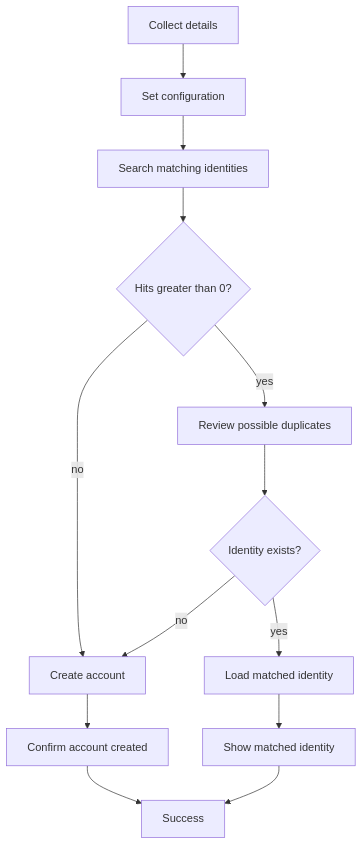
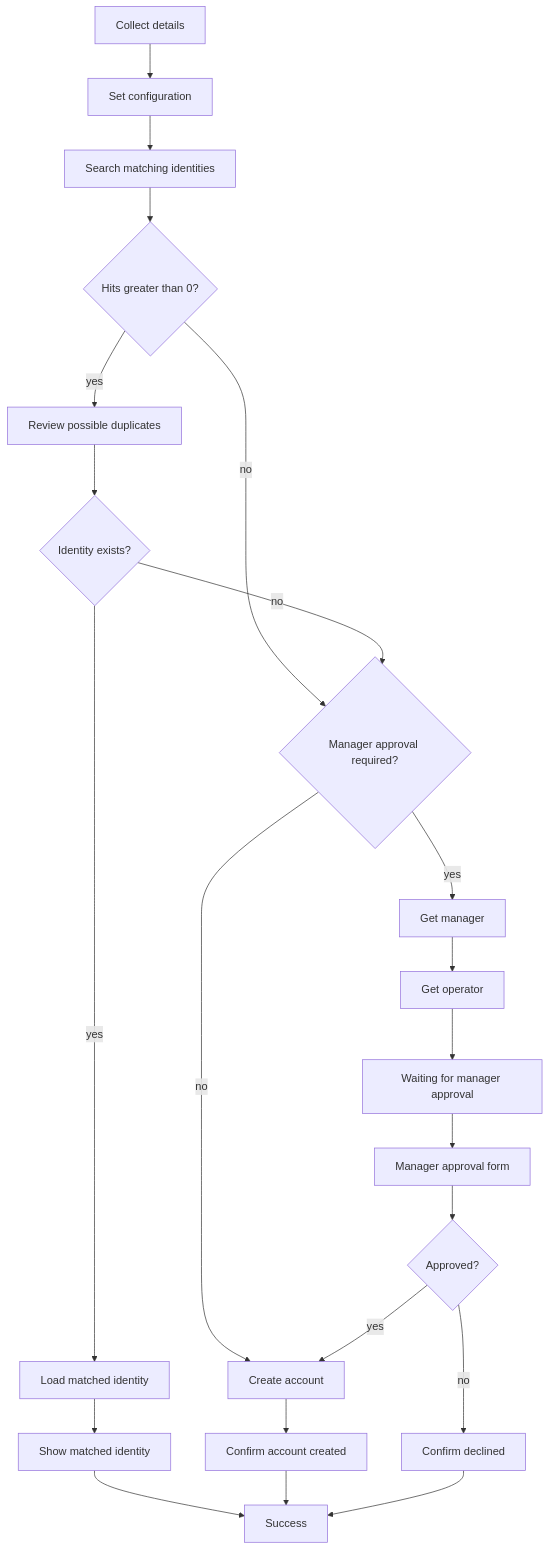
The diagram in ISC/Identity Match & Onboard/README.md (fernando-delosrios-sp/sailpoint-utils), drawn with Mermaid before and after one commit. The commit also changed other lines of this file and 2 other files, not shown here.

First line of the commit message:
feat(isc): add optional manager approval before account create

````diff
--- a/ISC/Identity Match & Onboard/README.md
+++ b/ISC/Identity Match & Onboard/README.md
@@ -37,15 +37,24 @@
 ```mermaid
 flowchart TD
   startNode[Collect details] --> config[Set configuration]
   config --> search[Search matching identities]
   search --> hasHits{Hits greater than 0?}
-  hasHits -->|no| createAcct[Create account]
+  hasHits -->|no| needAppr{Manager approval required?}
   hasHits -->|yes| review[Review possible duplicates]
   review --> exists{Identity exists?}
-  exists -->|no| createAcct
+  exists -->|no| needAppr
   exists -->|yes| loadMatch[Load matched identity]
+  needAppr -->|yes| getMgr[Get manager]
+  needAppr -->|no| createAcct[Create account]
+  getMgr --> getOp[Get operator]
+  getOp --> wait[Waiting for manager approval]
+  wait --> approveForm[Manager approval form]
+  approveForm --> approved{Approved?}
+  approved -->|yes| createAcct
+  approved -->|no| showRejected[Confirm declined]
   loadMatch --> showMatch[Show matched identity]
   createAcct --> showCreated[Confirm account created]
   showMatch --> doneNode[Success]
   showCreated --> doneNode
+  showRejected --> doneNode
 ```
````
